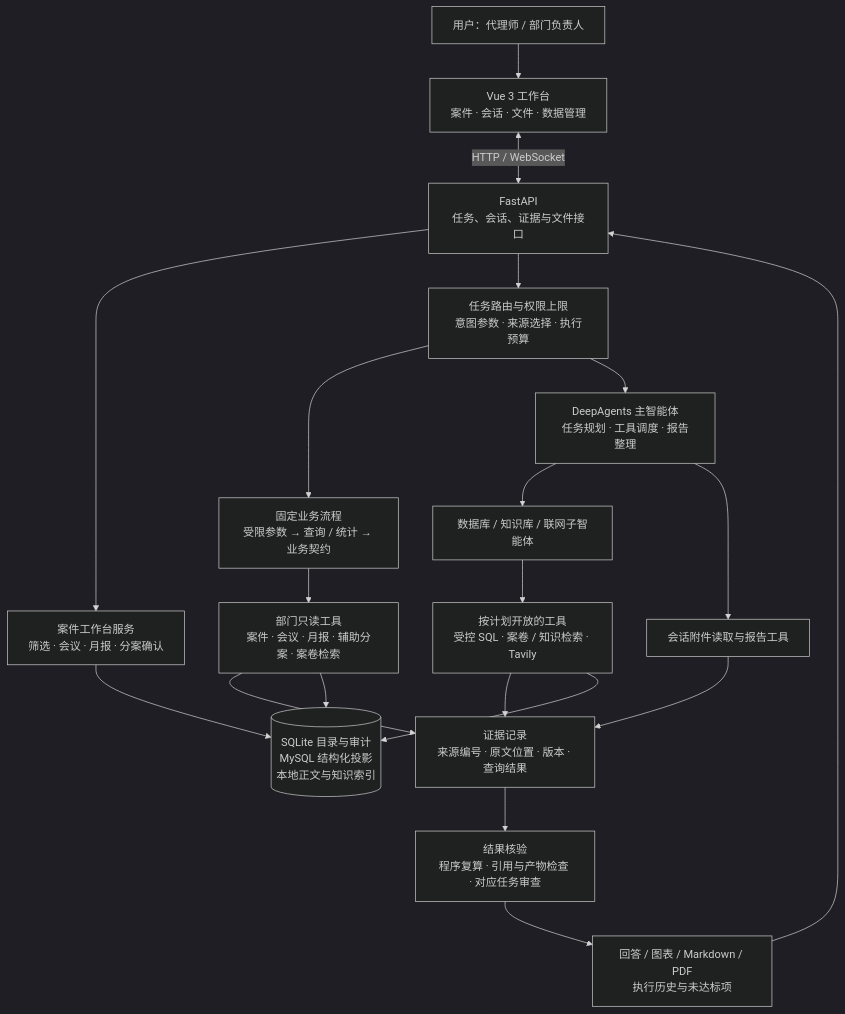
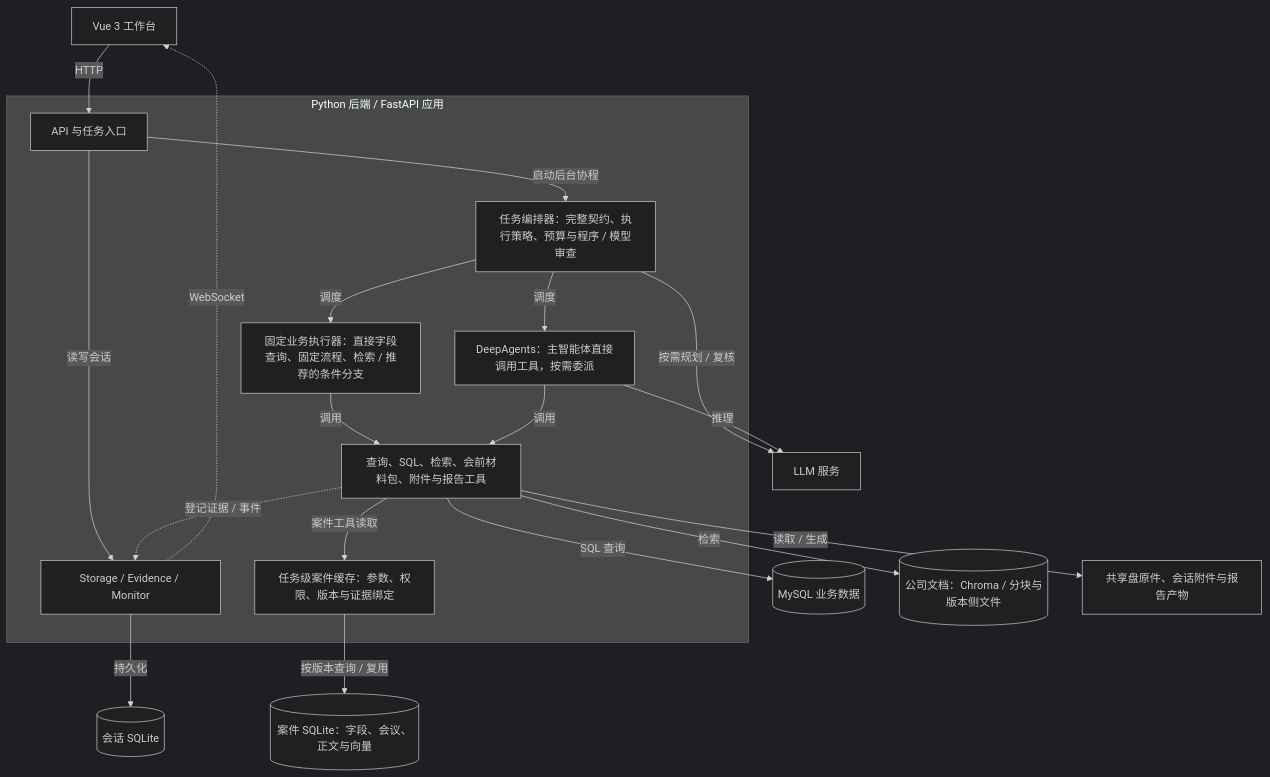
The diagram in docs/diagrams/01-system-architecture.mmd (xyra17/patent-casework-assistant), drawn with Mermaid (dark theme) before and after one commit. The commit also changed 73 other files, not shown here.

Commit message:
Update task execution and project diagrams

```diff
--- a/docs/diagrams/01-system-architecture.mmd
+++ b/docs/diagrams/01-system-architecture.mmd
@@ -1,20 +1,20 @@
 flowchart TB
-    U["用户：代理师 / 部门负责人"] --> UI["Vue 3 工作台<br/>案件 · 会话 · 文件 · 数据管理"]
-    UI <-->|"HTTP / WebSocket"| API["FastAPI<br/>任务、会话、证据与文件接口"]
-    API --> CW["案件工作台服务<br/>筛选 · 会议 · 月报 · 分案确认"]
-    API --> R["任务路由与权限上限<br/>意图参数 · 来源选择 · 执行预算"]
-    R --> F["固定业务流程<br/>受限参数 → 查询 / 统计 → 业务契约"]
-    R --> A["DeepAgents 主智能体<br/>任务规划 · 工具调度 · 报告整理"]
-    A --> SUB["数据库 / 知识库 / 联网子智能体"]
-    A --> FILE["会话附件读取与报告工具"]
-    F --> FT["部门只读工具<br/>案件 · 会议 · 月报 · 辅助分案 · 案卷检索"]
-    SUB --> T["按计划开放的工具<br/>受控 SQL · 案卷 / 知识检索 · Tavily"]
-    FT --> E
-    T --> E["证据记录<br/>来源编号 · 原文位置 · 版本 · 查询结果"]
-    FILE --> E
-    E --> V["结果核验<br/>程序复算 · 引用与产物检查 · 对应任务审查"]
-    V --> OUT["回答 / 图表 / Markdown / PDF<br/>执行历史与未达标项"]
-    OUT --> API
-    CW --> DATA[("SQLite 目录与审计<br/>MySQL 结构化投影<br/>本地正文与知识索引")]
-    FT --> DATA
-    T --> DATA
+    UI["Vue 3 工作台"] -->|HTTP| API
+    subgraph BACKEND["Python 后端 / FastAPI 应用"]
+        API["API 与任务入口"] -->|启动后台协程| ORCH["任务编排器：完整契约、执行策略、预算与程序 / 模型审查"]
+        API -->|读写会话| E["Storage / Evidence / Monitor"]
+        ORCH -->|调度| FIX["固定业务执行器：直接字段查询、固定流程、检索 / 推荐的条件分支"]
+        ORCH -->|调度| A["DeepAgents：主智能体直接调用工具，按需委派"]
+        FIX -->|调用| T["查询、SQL、检索、会前材料包、附件与报告工具"]
+        A -->|调用| T
+        T -->|案件工具读取| C["任务级案件缓存：参数、权限、版本与证据绑定"]
+        T -.->|登记证据 / 事件| E
+    end
+    E -.->|WebSocket| UI
+    E -->|持久化| APP[("会话 SQLite")]
+    ORCH -->|按需规划 / 复核| LLM["LLM 服务"]
+    A -->|推理| LLM
+    T -->|SQL 查询| MYSQL[("MySQL 业务数据")]
+    C -->|按版本查询 / 复用| CASE[("案件 SQLite：字段、会议、正文与向量")]
+    T -->|检索| KB[("公司文档：Chroma / 分块与版本侧文件")]
+    T -->|读取 / 生成| FILE["共享盘原件、会话附件与报告产物"]
```
